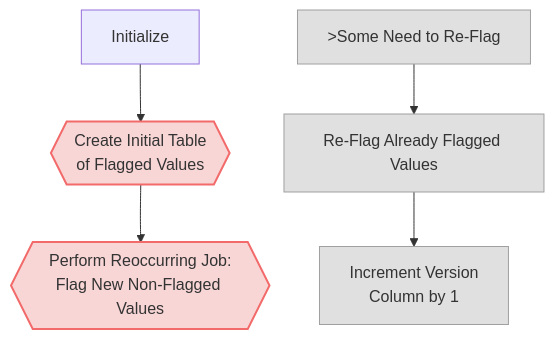
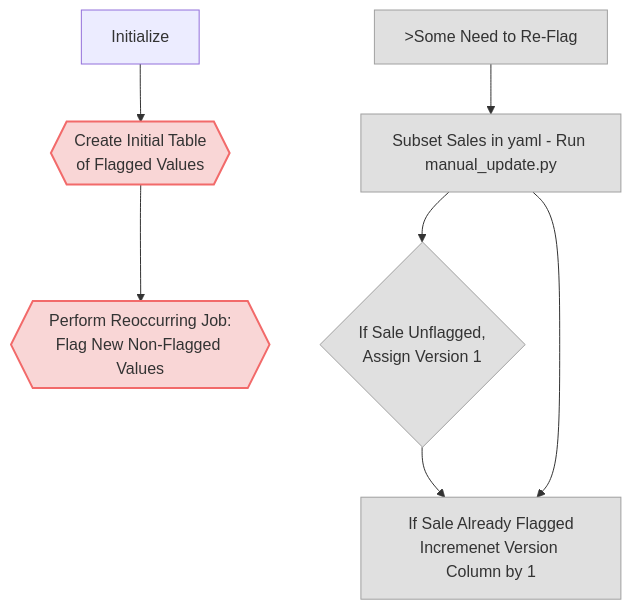
Before and after one commit to ccao-data/model-sales-val: the first of 2 diagrams in README.md, drawn with Mermaid.

````diff
--- a/README.md
+++ b/README.md
@@ -26,23 +26,27 @@
   ``` mermaid
-  graph TD
+graph TD
 
     A[Initialize]
     B{{Create Initial Table<br>of Flagged Values}}
     C{{Perform Reoccurring Job:<br>Flag New Non-Flagged Values}}
     D[>Some Need to Re-Flag]
-    E[Re-Flag Already Flagged Values]
-    F[Increment Version<br>Column by 1]
+    E[Subset Sales in yaml - Run manual_update.py]
+    F[If Sale Already Flagged<br>Incremenet Version Column by 1]
+    G{If Sale Unflagged,<br>Assign Version 1}
 
     class B,C recurringProcess;
-    class D,E,F secondaryProcess;
+    class D,E,F,G secondaryProcess;
 
     A --> B
     B --> C
 
     D --> E
+    E --> G
+    G --> F
     E --> F
 
     classDef recurringProcess fill:#f9d6d6,stroke:#f26a6a,stroke-width:2px;
     classDef secondaryProcess fill:#e0e0e0,stroke:#a0a0a0,stroke-width:1px;
 
+
   ```
````
